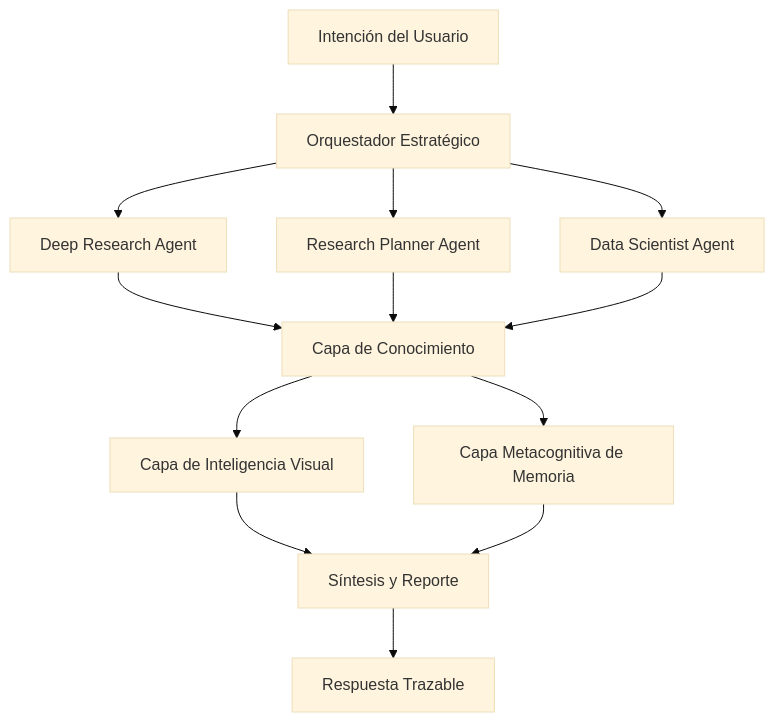
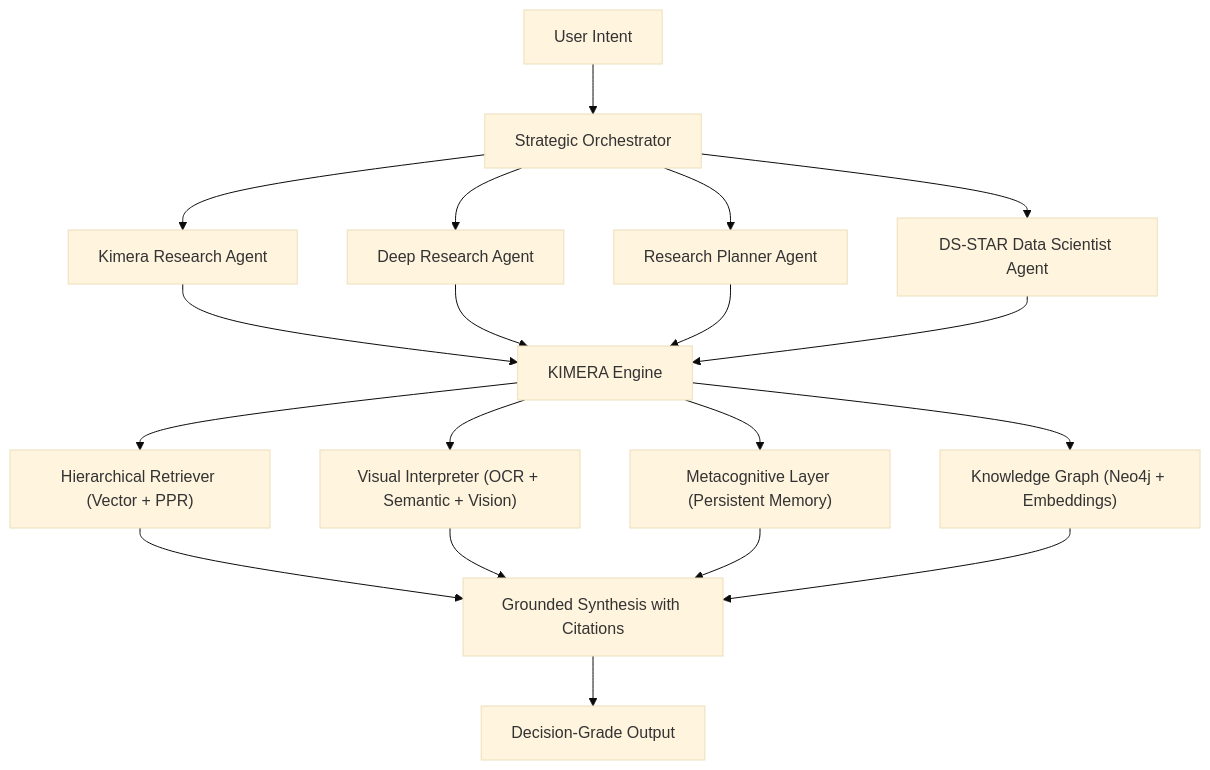
One commit to ArianScripter33/Research-Repo changed the diagram in README.md. Above: the diagram before and after it, drawn with Mermaid (base theme). The commit also changed other lines of this file and 6 other files, not shown here.

Commit message:
Deepen architecture docs with capabilities and mathematical foundations

````diff
--- a/README.md
+++ b/README.md
@@ -25,15 +39,24 @@
 ```mermaid
 flowchart TD
-    U[Intención del Usuario] --> O[Orquestador Estratégico]
-    O --> DR[Deep Research Agent]
-    O --> RP[Research Planner Agent]
-    O --> DS[Data Scientist Agent]
-    DR --> K[Capa de Conocimiento]
-    RP --> K
-    DS --> K
-    K --> VI[Capa de Inteligencia Visual]
-    K --> M[Capa Metacognitiva de Memoria]
-    VI --> S[Síntesis y Reporte]
+    U["User Intent"] --> O["Strategic Orchestrator"]
+    O --> KR["Kimera Research Agent"]
+    O --> DR["Deep Research Agent"]
+    O --> RP["Research Planner Agent"]
+    O --> DS["DS-STAR Data Scientist Agent"]
+
+    KR --> E["KIMERA Engine"]
+    DR --> E
+    RP --> E
+    DS --> E
+
+    E --> R["Hierarchical Retriever (Vector + PPR)"]
+    E --> V["Visual Interpreter (OCR + Semantic + Vision)"]
+    E --> M["Metacognitive Layer (Persistent Memory)"]
+    E --> G["Knowledge Graph (Neo4j + Embeddings)"]
+
+    R --> S["Grounded Synthesis with Citations"]
+    V --> S
     M --> S
-    S --> R[Respuesta Trazable]
+    G --> S
+    S --> OUT["Decision-Grade Output"]
 ```
````
